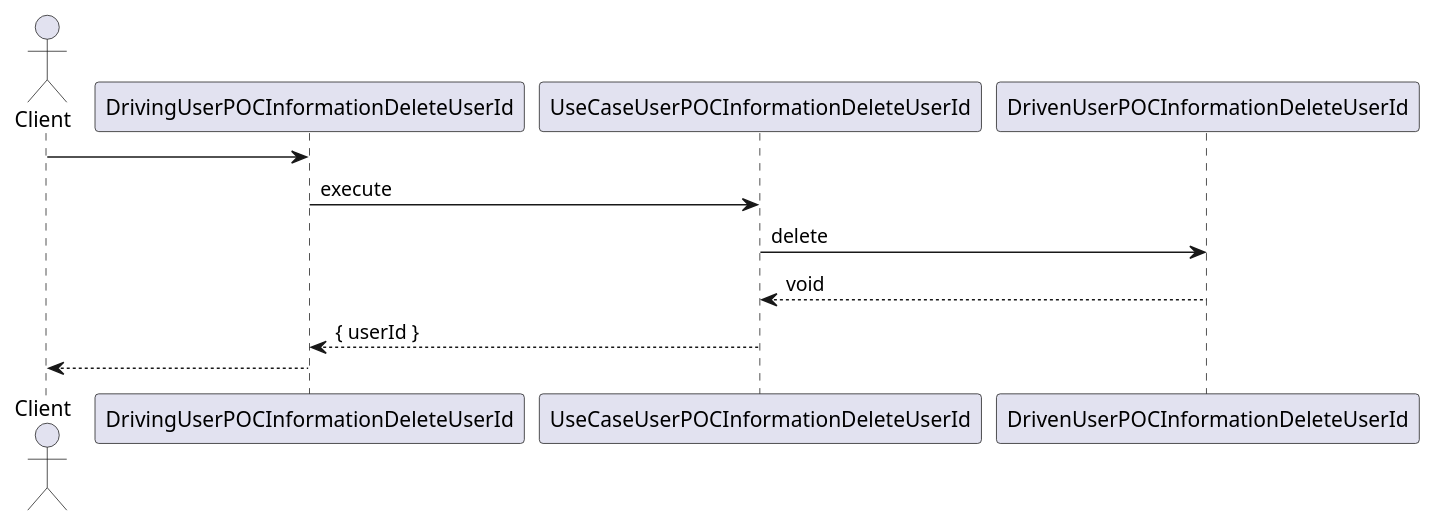
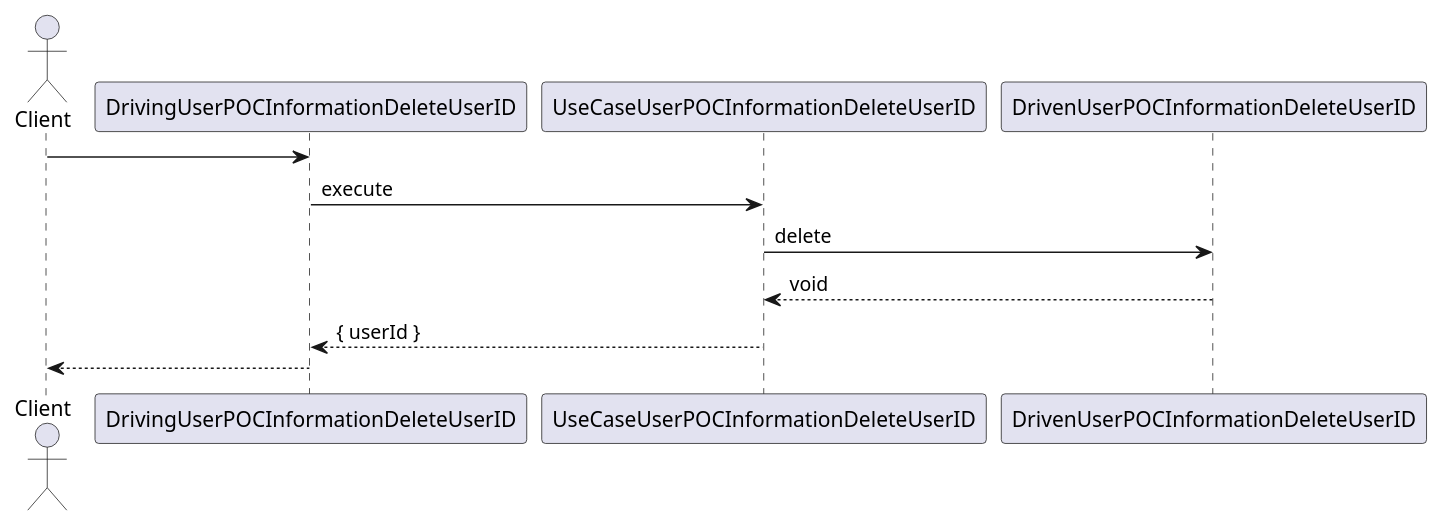
One commit to smhmayboudi/hono-poc changed the diagram in src/domain/user-poc-information/application/use-case/user-poc-information-delete-user-id.puml. Above: the diagram before and after it, drawn with PlantUML. The commit also changed 25 other files, not shown here.

```diff
--- a/src/domain/user-poc-information/application/use-case/user-poc-information-delete-user-id.puml
+++ b/src/domain/user-poc-information/application/use-case/user-poc-information-delete-user-id.puml
@@ -1,9 +1,9 @@
 @startuml UserPOCInformation UseCase Delete UserId
 actor Client
-Client -> DrivingUserPOCInformationDeleteUserId
-DrivingUserPOCInformationDeleteUserId -> UseCaseUserPOCInformationDeleteUserId: execute
-UseCaseUserPOCInformationDeleteUserId -> DrivenUserPOCInformationDeleteUserId: delete
-DrivenUserPOCInformationDeleteUserId --> UseCaseUserPOCInformationDeleteUserId: void
-UseCaseUserPOCInformationDeleteUserId --> DrivingUserPOCInformationDeleteUserId: { userId }
-DrivingUserPOCInformationDeleteUserId --> Client
+Client -> DrivingUserPOCInformationDeleteUserID
+DrivingUserPOCInformationDeleteUserID -> UseCaseUserPOCInformationDeleteUserID: execute
+UseCaseUserPOCInformationDeleteUserID -> DrivenUserPOCInformationDeleteUserID: delete
+DrivenUserPOCInformationDeleteUserID --> UseCaseUserPOCInformationDeleteUserID: void
+UseCaseUserPOCInformationDeleteUserID --> DrivingUserPOCInformationDeleteUserID: { userId }
+DrivingUserPOCInformationDeleteUserID --> Client
 @enduml
```
